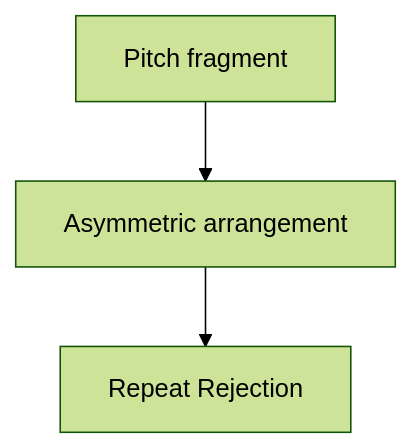
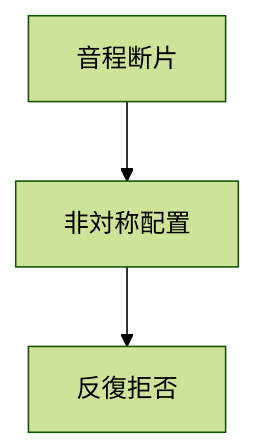
One commit to monumental-movement/monumental-movement.github.io changed the first of 2 diagrams in en/_posts/2025-12-18-column-avant-garde metal-experimental-metal.md. Above: the diagram before and after it, drawn with Mermaid (forest theme). The commit also changed other lines of this file and 2196 other files, not shown here.

```diff
--- a/en/_posts/2025-12-18-column-avant-garde metal-experimental-metal.md
+++ b/en/_posts/2025-12-18-column-avant-garde metal-experimental-metal.md
@@ -97,5 +97,5 @@
 <div class="mermaid">
 flowchart TD
-    A["Pitch fragment"] --> B["Asymmetric arrangement"]
-    B --> C["Repeat Rejection"]
+    A["音程断片"] --> B["非対称配置"]
+    B --> C["反復拒否"]
 </div>
```
